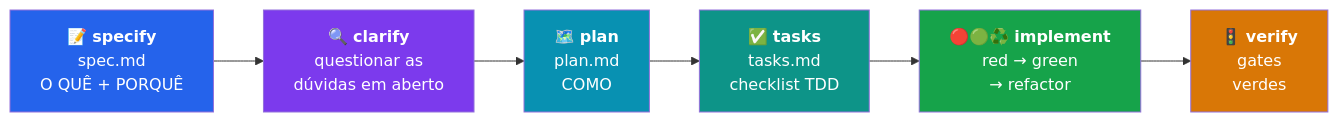
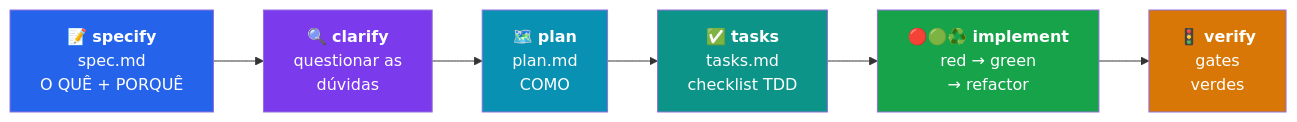
The third of 6 diagrams in README.pt-BR.md (reginaldosilva27/agent-coding-template), drawn with Mermaid before and after one commit. The commit also changed other lines of this file and 1 other file, not shown here.

````diff
--- a/README.pt-BR.md
+++ b/README.pt-BR.md
@@ -97,18 +133,18 @@
 ```mermaid
 flowchart LR
     S["📝 <b>specify</b><br/>spec.md<br/>O QUÊ + PORQUÊ"]
-    CL["🔍 <b>clarify</b><br/>questionar as<br/>dúvidas em aberto"]
+    CL["🔍 <b>clarify</b><br/>questionar as<br/>dúvidas"]
     P["🗺️ <b>plan</b><br/>plan.md<br/>COMO"]
     T["✅ <b>tasks</b><br/>tasks.md<br/>checklist TDD"]
     I["🔴🟢♻️ <b>implement</b><br/>red → green<br/>→ refactor"]
     V["🚦 <b>verify</b><br/>gates<br/>verdes"]
 
     S --> CL --> P --> T --> I --> V
 
     style S fill:#2563eb,color:#fff
     style CL fill:#7c3aed,color:#fff
     style P fill:#0891b2,color:#fff
     style T fill:#0d9488,color:#fff
     style I fill:#16a34a,color:#fff
     style V fill:#d97706,color:#fff
 ```
````
